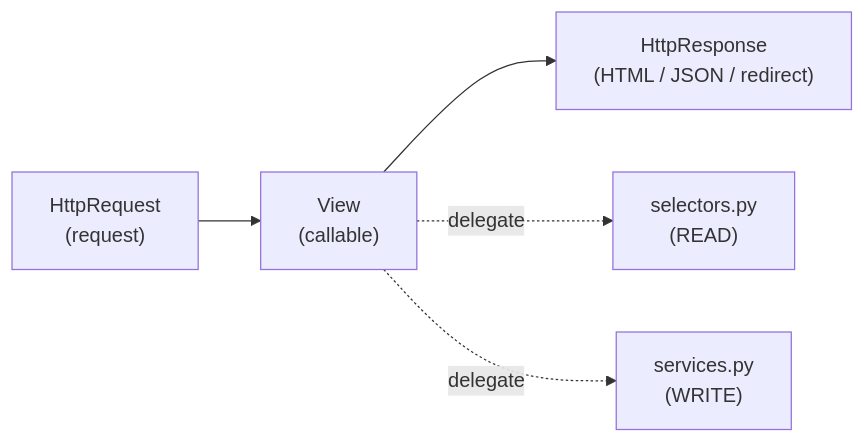
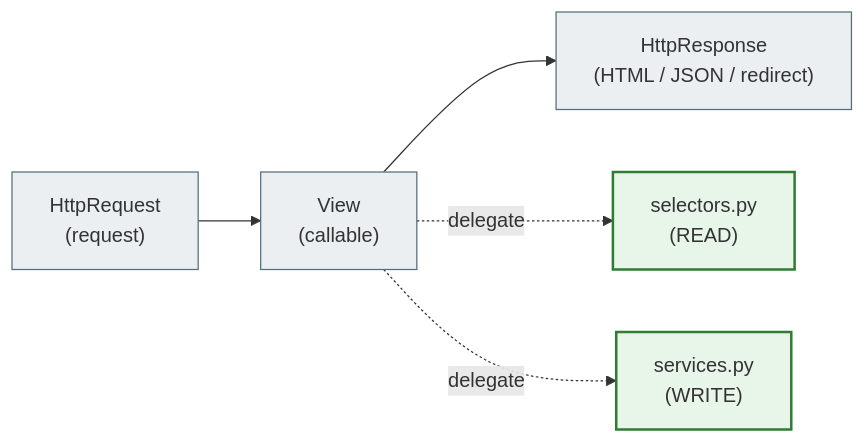
One commit to NikoriakViktot/notes_chat_app changed the first of 10 diagrams in docs/02_django_core/views_full.md. Above: the diagram before and after it, drawn with Mermaid. The commit also changed other lines of this file and 441 other files, not shown here.

First line of the commit message:
Add English version of the book, Mermaid standard, docs fixes

````diff
--- a/docs/02_django_core/views_full.md
+++ b/docs/02_django_core/views_full.md
@@ -56,7 +56,13 @@
 ```mermaid
 graph LR
-    A["HttpRequest\n(request)"] --> B["View\n(callable)"]
-    B --> C["HttpResponse\n(HTML / JSON / redirect)"]
-    B -.->|delegate| D["selectors.py\n(READ)"]
-    B -.->|delegate| E["services.py\n(WRITE)"]
+    A["HttpRequest<br>(request)"] --> B["View<br>(callable)"]
+    B --> C["HttpResponse<br>(HTML / JSON / redirect)"]
+    B -.->|delegate| D["selectors.py<br>(READ)"]
+    B -.->|delegate| E["services.py<br>(WRITE)"]
+
+    classDef step     fill:#eceff1,stroke:#546e7a,stroke-width:1px;
+    classDef success  fill:#e8f5e9,stroke:#2e7d32,stroke-width:2px;
+
+    class A,B,C step;
+    class D,E success;
 ```
````
